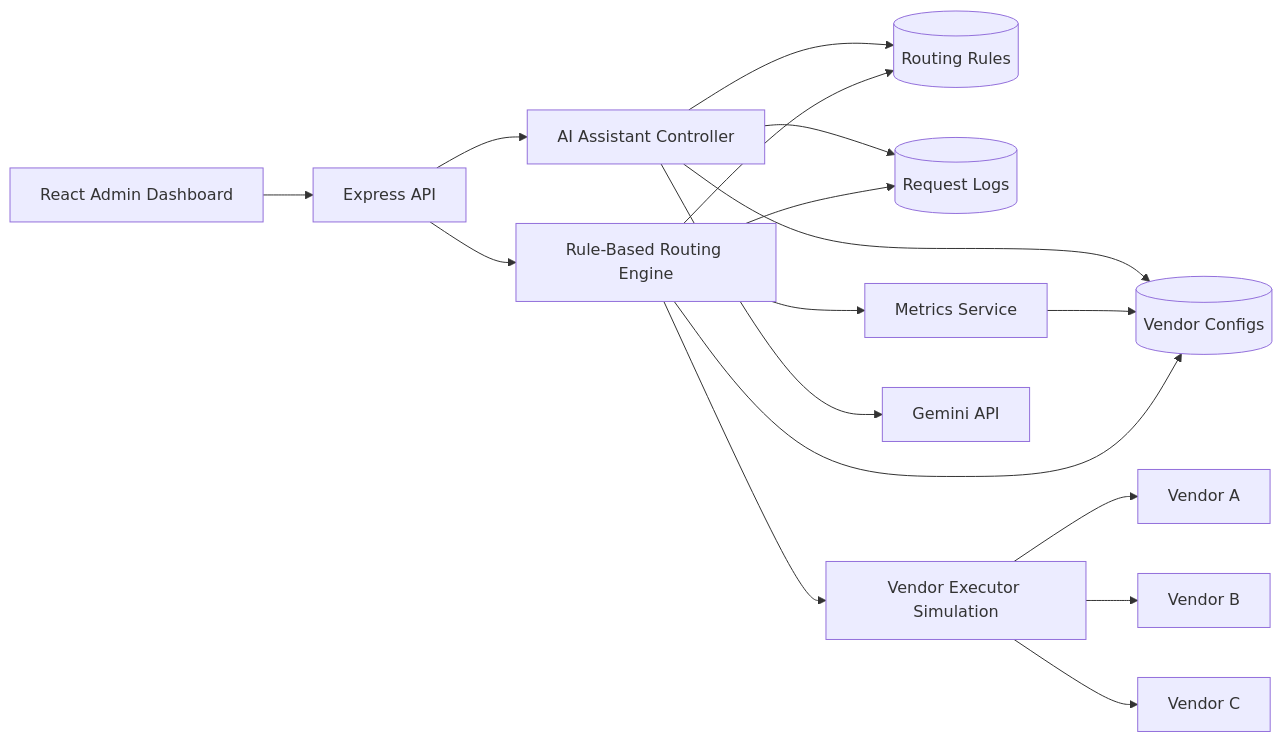
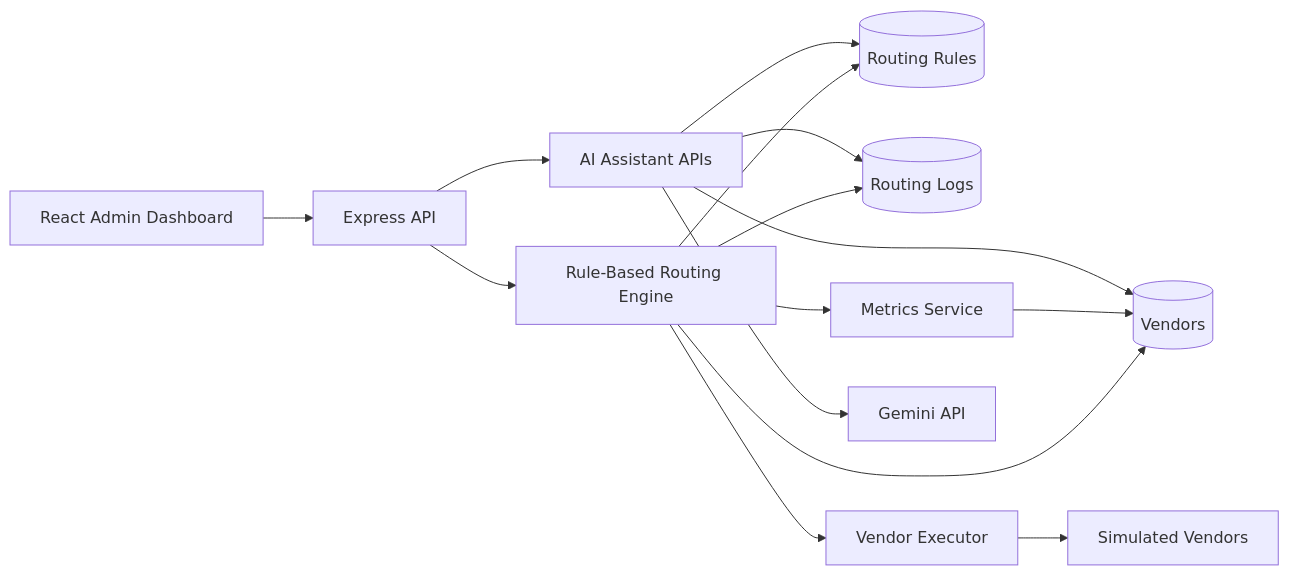
One commit to Sriman2517/VendorSwitch changed the first of 2 diagrams in ARCHITECTURE.md. Above: the diagram before and after it, drawn with Mermaid. The commit also changed other lines of this file, not shown here.

````diff
--- a/ARCHITECTURE.md
+++ b/ARCHITECTURE.md
@@ -7,22 +7,20 @@
 ```mermaid
 flowchart LR
-  Admin[React Admin Dashboard] --> API[Express API]
+  UI[React Admin Dashboard] --> API[Express API]
   API --> Router[Rule-Based Routing Engine]
-  API --> AI[AI Assistant Controller]
+  API --> AI[AI Assistant APIs]
 
   Router --> Rules[(Routing Rules)]
-  Router --> Vendors[(Vendor Configs)]
-  Router --> Logs[(Request Logs)]
+  Router --> Vendors[(Vendors)]
+  Router --> Logs[(Routing Logs)]
   Router --> Metrics[Metrics Service]
+  Router --> Executor[Vendor Executor]
 
   Metrics --> Vendors
-  Router --> Executor[Vendor Executor Simulation]
-  Executor --> VendorA[Vendor A]
-  Executor --> VendorB[Vendor B]
-  Executor --> VendorC[Vendor C]
+  Executor --> SimVendors[Simulated Vendors]
 
   AI --> Gemini[Gemini API]
+  AI --> Rules
   AI --> Logs
   AI --> Vendors
-  AI --> Rules
 ```
````
